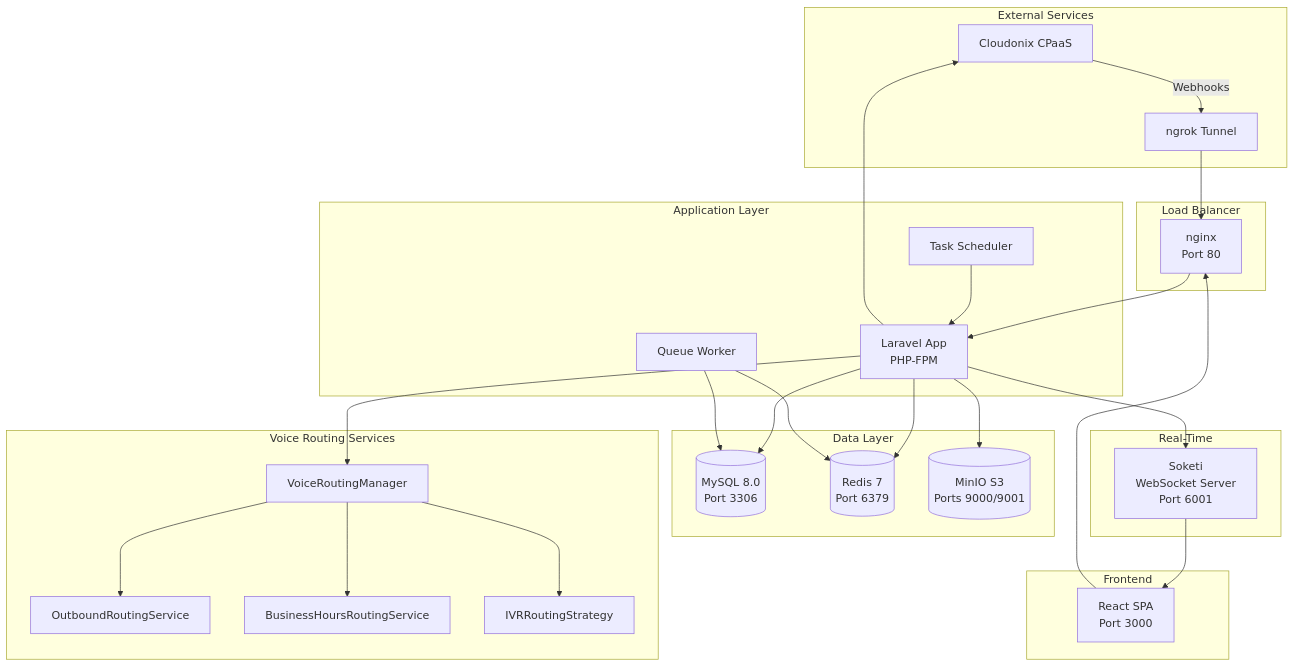
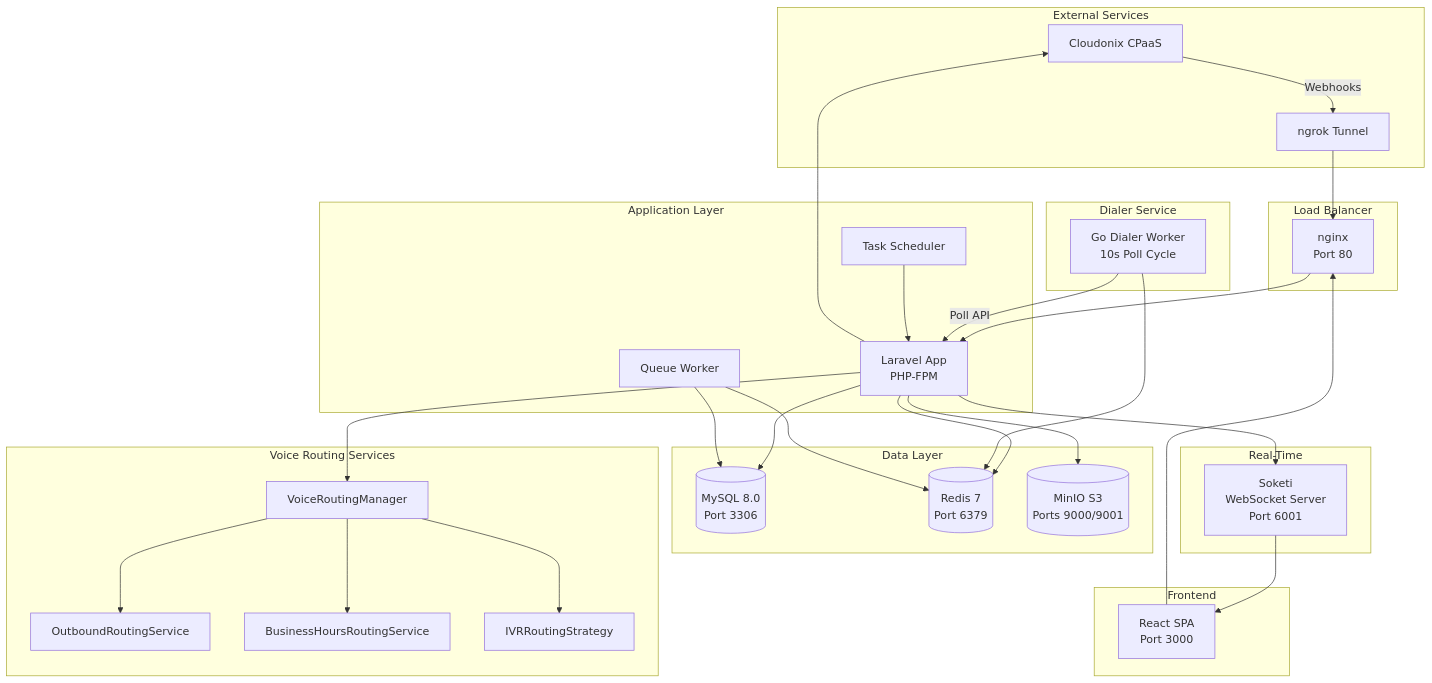
Before and after one commit to greenfieldtech-nirs/opbx: the first of 3 diagrams in README.md, drawn with Mermaid. The commit also changed other lines of this file, not shown here.

First line of the commit message:
Update README with Auto Dialer, Go worker, CPS, monitor, and documentation links

````diff
--- a/README.md
+++ b/README.md
@@ -74,56 +89,62 @@
 ```mermaid
 graph TB
     subgraph "External Services"
         CX[Cloudonix CPaaS]
         NGROK[ngrok Tunnel]
     end
 
     subgraph "Frontend"
         REACT[React SPA<br/>Port 3000]
     end
 
     subgraph "Load Balancer"
         NGINX[nginx<br/>Port 80]
     end
 
     subgraph "Application Layer"
         APP[Laravel App<br/>PHP-FPM]
         QUEUE[Queue Worker]
         SCHEDULER[Task Scheduler]
+    end
+
+    subgraph "Dialer Service"
+        GOWORKER[Go Dialer Worker<br/>10s Poll Cycle]
     end
 
     subgraph "Voice Routing Services"
         VRM[VoiceRoutingManager]
         ORS[OutboundRoutingService]
         BHRS[BusinessHoursRoutingService]
         IVR[IVRRoutingStrategy]
     end
 
     subgraph "Data Layer"
         MYSQL[(MySQL 8.0<br/>Port 3306)]
         REDIS[(Redis 7<br/>Port 6379)]
         MINIO[(MinIO S3<br/>Ports 9000/9001)]
     end
 
     subgraph "Real-Time"
         SOKETI[Soketi<br/>WebSocket Server<br/>Port 6001]
     end
 
     CX -->|Webhooks| NGROK
     NGROK --> NGINX
     REACT --> NGINX
     NGINX --> APP
     APP --> VRM
     VRM --> ORS
     VRM --> BHRS
     VRM --> IVR
     APP --> MYSQL
     APP --> REDIS
     APP --> MINIO
     APP --> SOKETI
     APP --> CX
+    GOWORKER -->|Poll API| APP
+    GOWORKER --> REDIS
     QUEUE --> REDIS
     QUEUE --> MYSQL
     SCHEDULER --> APP
     SOKETI --> REACT
 ```
````
